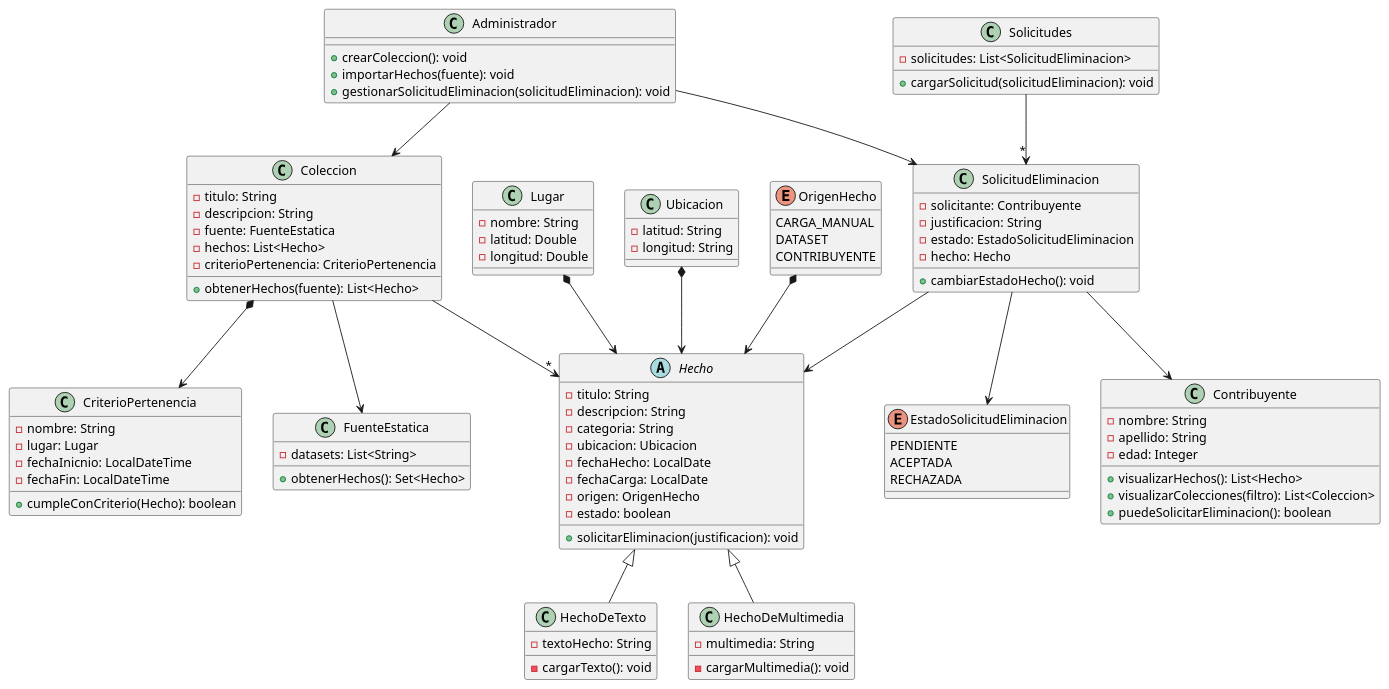
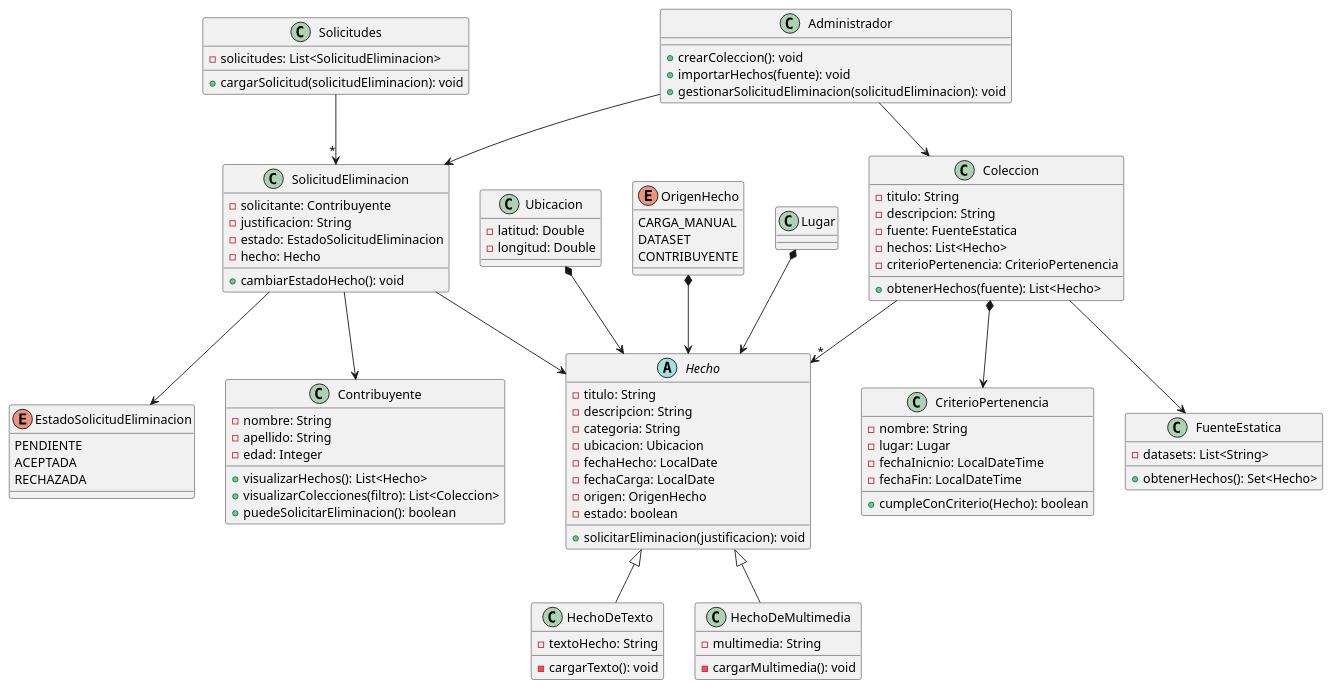
One commit to OslothLAS/ProyectoDeploy changed the diagram in src/main/DiagramaDeClases.puml. Above: the diagram before and after it, drawn with PlantUML. The commit also changed 9 other files, not shown here.

```diff
--- a/src/main/DiagramaDeClases.puml
+++ b/src/main/DiagramaDeClases.puml
@@ -1,129 +1,125 @@
 @startuml MetaMapa_Entrega1
 
 
 class Coleccion {
    - titulo: String
    - descripcion: String
    - fuente: FuenteEstatica
    - hechos: List<Hecho>
    - criterioPertenencia: CriterioPertenencia
    + obtenerHechos(fuente): List<Hecho>
  }
 
  class CriterioPertenencia {
    - nombre: String
    -   lugar: Lugar
    - fechaInicnio: LocalDateTime
    - fechaFin: LocalDateTime
    + cumpleConCriterio(Hecho): boolean
  }
 
- class Lugar {
-   - nombre: String
-   - latitud: Double
-   - longitud: Double
- }
+
 
  class Ubicacion {
-   -latitud: String
-   -longitud: String
+   -latitud: Double
+   -longitud: Double
  }
 
   class SolicitudEliminacion{
     -solicitante: Contribuyente
     - justificacion: String
     - estado: EstadoSolicitudEliminacion
     - hecho: Hecho
     + cambiarEstadoHecho(): void
   }
 
   class Solicitudes{
   - solicitudes: List<SolicitudEliminacion>
     + cargarSolicitud(solicitudEliminacion): void
   }
 
    enum EstadoSolicitudEliminacion {
        PENDIENTE
        ACEPTADA
        RECHAZADA
      }
 
  abstract class Hecho {
    - titulo: String
    - descripcion: String
    - categoria: String
    -ubicacion: Ubicacion
    - fechaHecho: LocalDate
    - fechaCarga: LocalDate
    - origen: OrigenHecho
    - estado: boolean
 
    + solicitarEliminacion(justificacion): void
     }
 
 
 
   class HechoDeTexto extends Hecho {
     - textoHecho: String
     - cargarTexto(): void
   }
 
   class HechoDeMultimedia extends Hecho{
       - multimedia: String
         - cargarMultimedia(): void
     }
 
   enum OrigenHecho {
     CARGA_MANUAL
     DATASET
     CONTRIBUYENTE
   }
 
 
 
 
 
   class FuenteEstatica{
     - datasets: List<String>
     + obtenerHechos(): Set<Hecho>
   }
 
 
 
 class Contribuyente{
     - nombre: String
     - apellido: String
     - edad: Integer
    + visualizarHechos(): List<Hecho>
    + visualizarColecciones(filtro): List<Coleccion>
    + puedeSolicitarEliminacion(): boolean
 }
 
 
   class Administrador{
     + crearColeccion(): void
     + importarHechos(fuente): void
     + gestionarSolicitudEliminacion(solicitudEliminacion): void
   }
 
   Coleccion --> FuenteEstatica
   Coleccion -->"*" Hecho
   OrigenHecho *--> Hecho
   Ubicacion *--> Hecho
   Administrador --> Coleccion
   Administrador --> SolicitudEliminacion
   SolicitudEliminacion --> Hecho
     SolicitudEliminacion --> Contribuyente
     Solicitudes -->"*" SolicitudEliminacion
     SolicitudEliminacion --> EstadoSolicitudEliminacion
     Coleccion *--> CriterioPertenencia
     Lugar *--> Hecho
 
 
 
 
 
 
 
 
 @enduml
```
